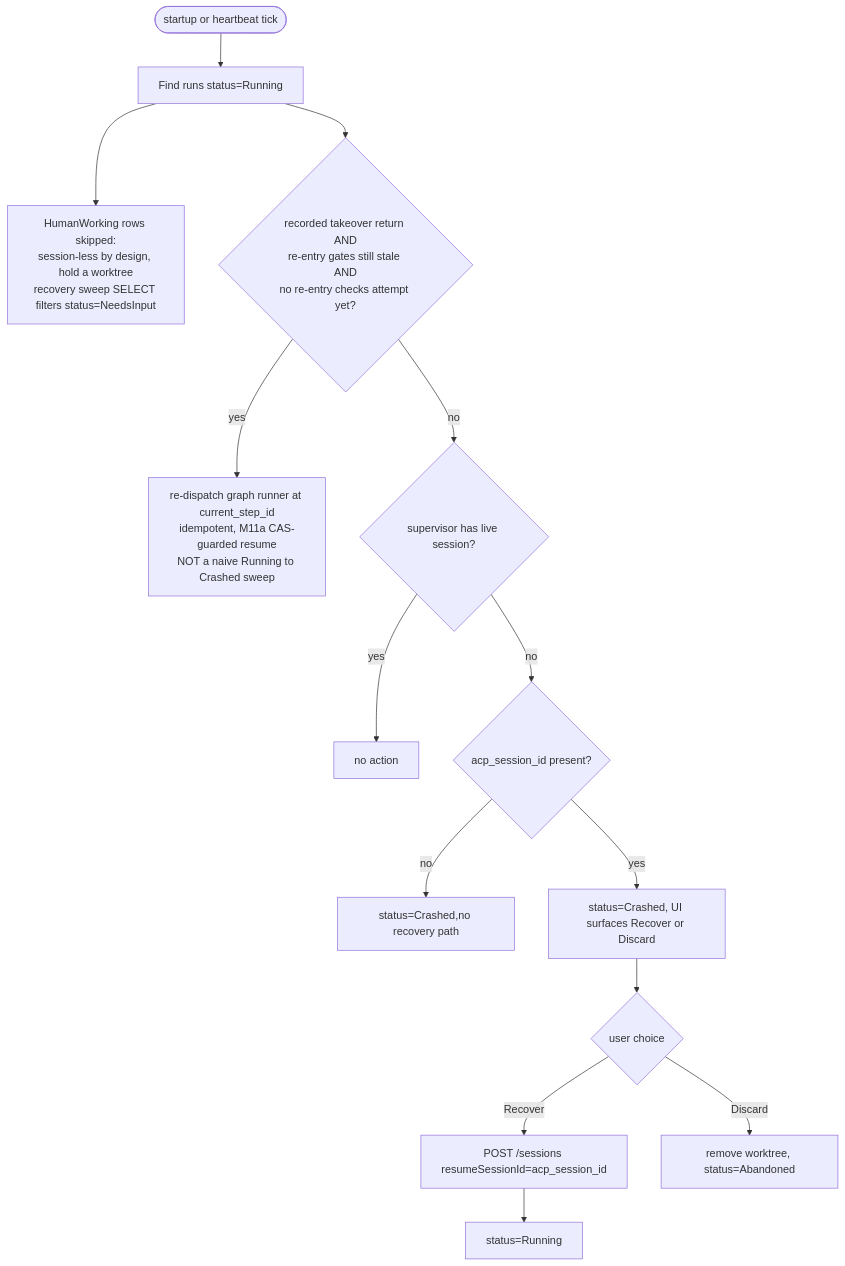
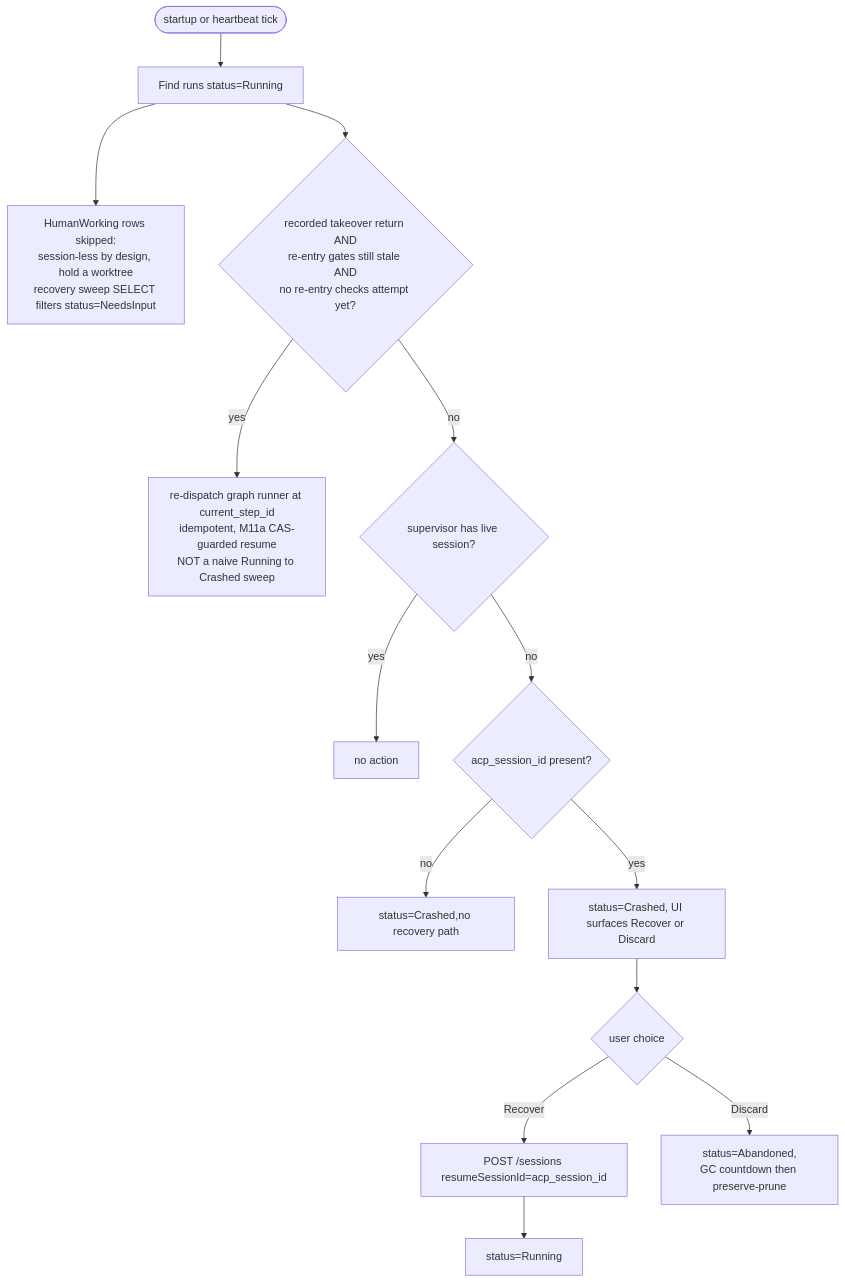
One commit to maister-dev/maister changed the fourth of 4 diagrams in docs/system-analytics/runs.md. Above: the diagram before and after it, drawn with Mermaid. The commit also changed other lines of this file and 12 other files, not shown here.

````diff
--- a/docs/system-analytics/runs.md
+++ b/docs/system-analytics/runs.md
@@ -207,16 +237,16 @@
 ```mermaid
 flowchart TD
     Start([startup or heartbeat tick]) --> Find[Find runs status=Running]
     Find --> Skip[HumanWorking rows skipped:<br/>session-less by design, hold a worktree<br/>recovery sweep SELECT filters status=NeedsInput]
     Find --> Tk{recorded takeover return AND<br/>re-entry gates still stale AND<br/>no re-entry checks attempt yet?}
     Tk -- yes --> Redispatch[re-dispatch graph runner at current_step_id<br/>idempotent, M11a CAS-guarded resume<br/>NOT a naive Running to Crashed sweep]
     Tk -- no --> Live{supervisor has live session?}
     Live -- yes --> OK[no action]
     Live -- no --> Cp{acp_session_id present?}
     Cp -- no --> Crash1[status=Crashed,no recovery path]
     Cp -- yes --> Crash2[status=Crashed, UI surfaces Recover or Discard]
     Crash2 --> User{user choice}
     User -- Recover --> Resume[POST /sessions resumeSessionId=acp_session_id]
     Resume --> Running[status=Running]
-    User -- Discard --> Drop[remove worktree, status=Abandoned]
+    User -- Discard --> Drop[status=Abandoned,<br/>GC countdown then preserve-prune]
 ```
````
